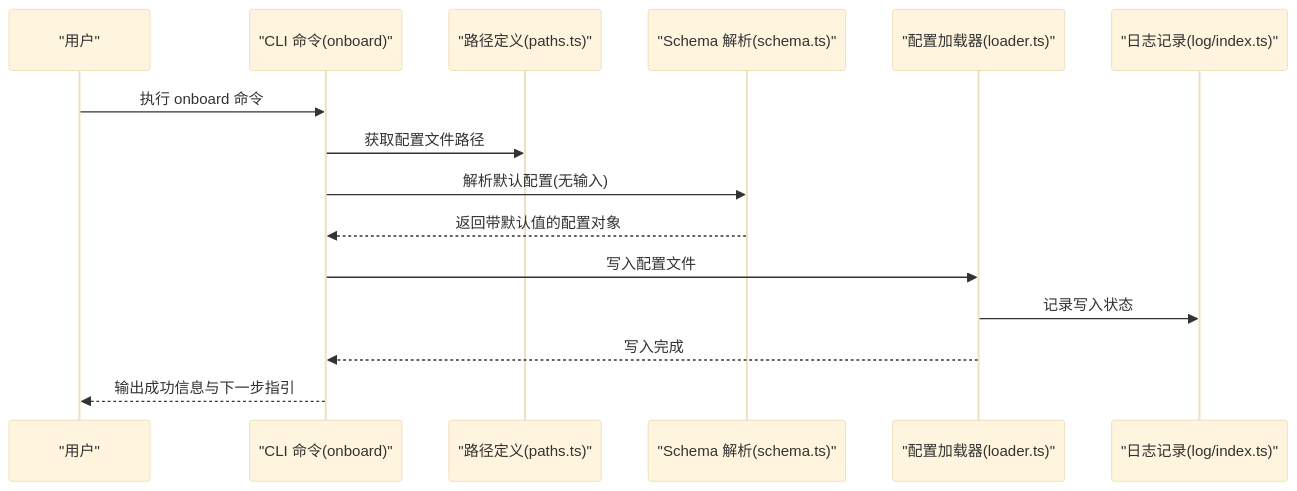
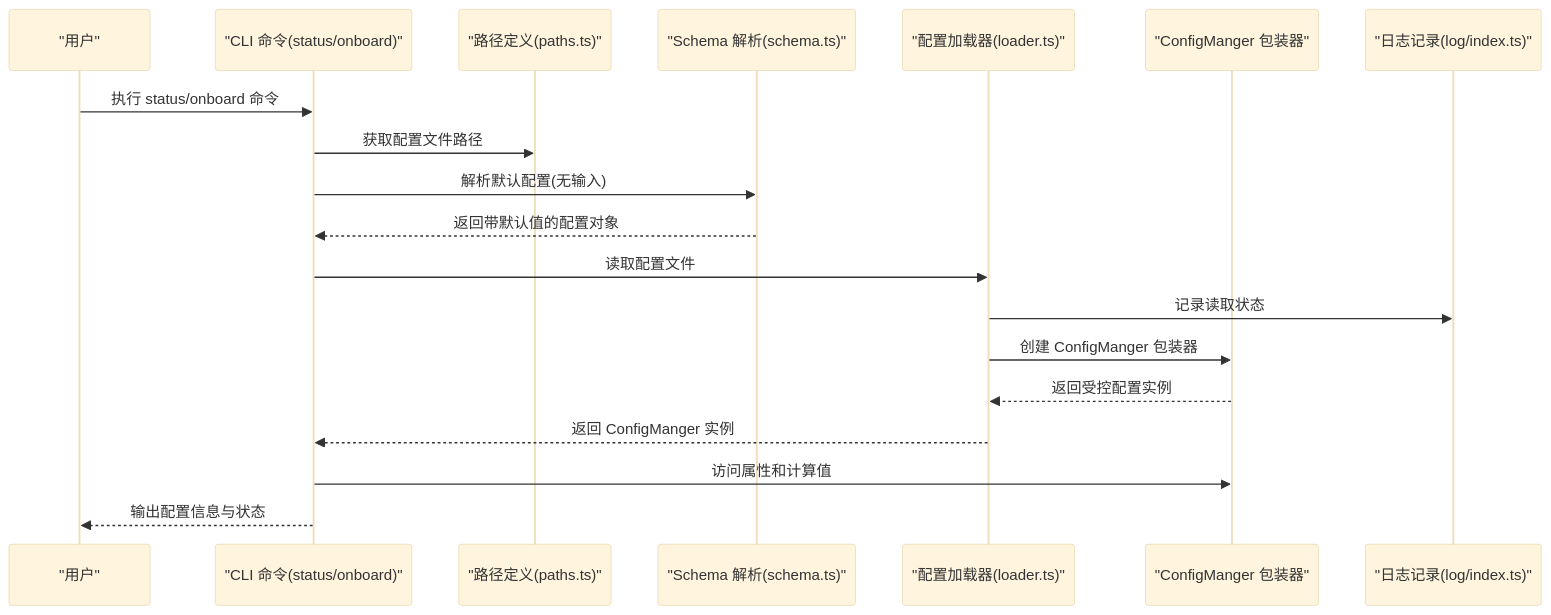
The second of 4 diagrams in .qoder/repowiki/zh/content/配置系统/配置加载器.md (neciszhang/batbot), drawn with Mermaid (base theme) before and after one commit. The commit also changed other lines of this file and 9 other files, not shown here.

````diff
--- a/.qoder/repowiki/zh/content/配置系统/配置加载器.md
+++ b/.qoder/repowiki/zh/content/配置系统/配置加载器.md
@@ -106,17 +116,21 @@
 ```mermaid
 sequenceDiagram
 participant U as "用户"
-participant CLI as "CLI 命令(onboard)"
+participant CLI as "CLI 命令(status/onboard)"
 participant Paths as "路径定义(paths.ts)"
 participant Schema as "Schema 解析(schema.ts)"
 participant Loader as "配置加载器(loader.ts)"
+participant Manager as "ConfigManger 包装器"
 participant Log as "日志记录(log/index.ts)"
-U->>CLI : 执行 onboard 命令
+U->>CLI : 执行 status/onboard 命令
 CLI->>Paths : 获取配置文件路径
 CLI->>Schema : 解析默认配置(无输入)
 Schema-->>CLI : 返回带默认值的配置对象
-CLI->>Loader : 写入配置文件
-Loader->>Log : 记录写入状态
-Loader-->>CLI : 写入完成
-CLI-->>U : 输出成功信息与下一步指引
+CLI->>Loader : 读取配置文件
+Loader->>Log : 记录读取状态
+Loader->>Manager : 创建 ConfigManger 包装器
+Manager-->>Loader : 返回受控配置实例
+Loader-->>CLI : 返回 ConfigManger 实例
+CLI->>Manager : 访问属性和计算值
+CLI-->>U : 输出配置信息与状态
 ```
````
